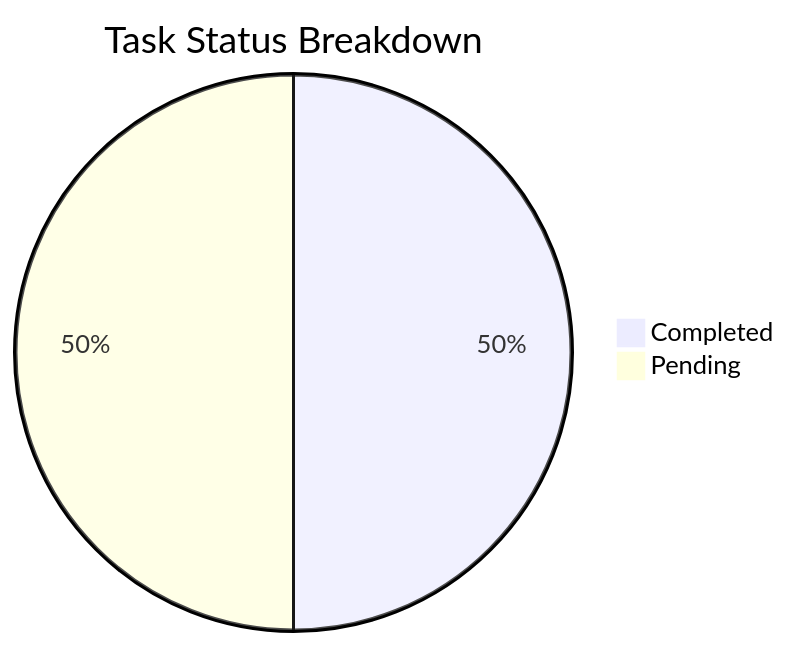
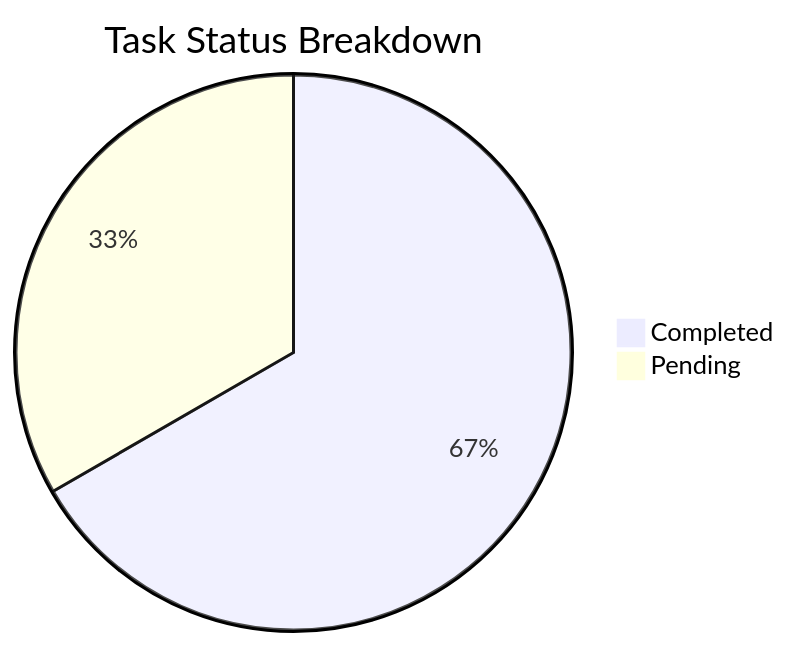
The first of 2 diagrams in Staff_Establishment_HR/Analytics.md (sagarms97/MyWorkDairy), drawn with Mermaid before and after one commit. The commit also changed other lines of this file and 7 other files, not shown here.

````diff
--- a/Staff_Establishment_HR/Analytics.md
+++ b/Staff_Establishment_HR/Analytics.md
@@ -12,5 +12,5 @@
 ```mermaid
 pie title Task Status Breakdown
-    "Completed" : 1
+    "Completed" : 2
     "Pending" : 1
 ```
````
